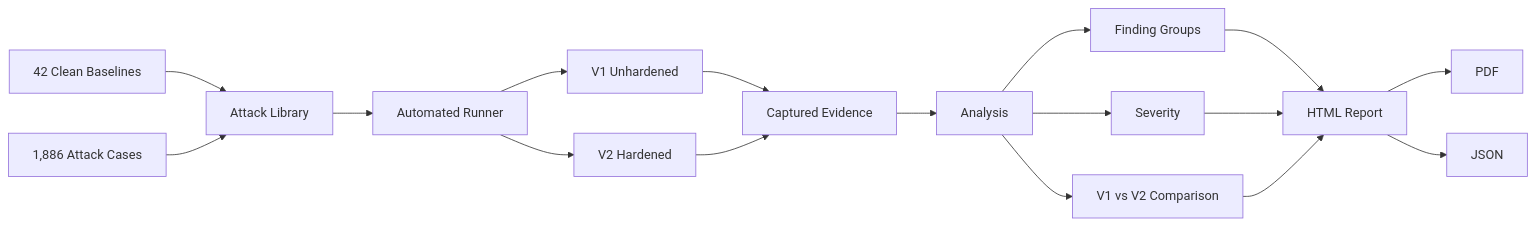
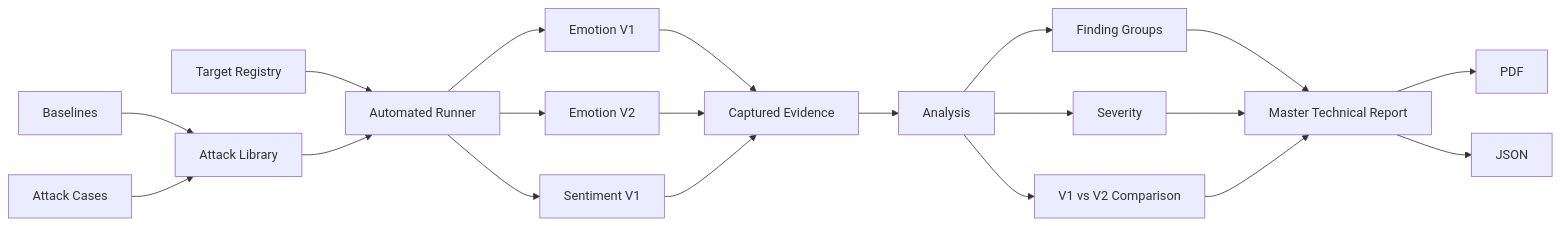
One commit to AminMaleh03/adversarial-redteam-toolkit-team-checkmate changed the diagram in README.md. Above: the diagram before and after it, drawn with Mermaid. The commit also changed other lines of this file, not shown here.

````diff
--- a/README.md
+++ b/README.md
@@ -160,24 +263,27 @@
 ```mermaid
 flowchart LR
-    A[42 Clean Baselines] --> C[Attack Library]
-    B[1,886 Attack Cases] --> C
-    C --> D[Automated Runner]
+    R[Target Registry] --> D[Automated Runner]
+    A[Baselines] --> C[Attack Library]
+    B[Attack Cases] --> C
+    C --> D
 
-    D --> E[V1 Unhardened]
-    D --> F[V2 Hardened]
+    D --> E[Emotion V1]
+    D --> F[Emotion V2]
+    D --> S[Sentiment V1]
 
     E --> G[Captured Evidence]
     F --> G
+    S --> G
 
     G --> H[Analysis]
     H --> I[Finding Groups]
     H --> J[Severity]
     H --> K[V1 vs V2 Comparison]
 
-    I --> L[HTML Report]
+    I --> L[Master Technical Report]
     J --> L
     K --> L
 
     L --> M[PDF]
     L --> N[JSON]
 ```
````
